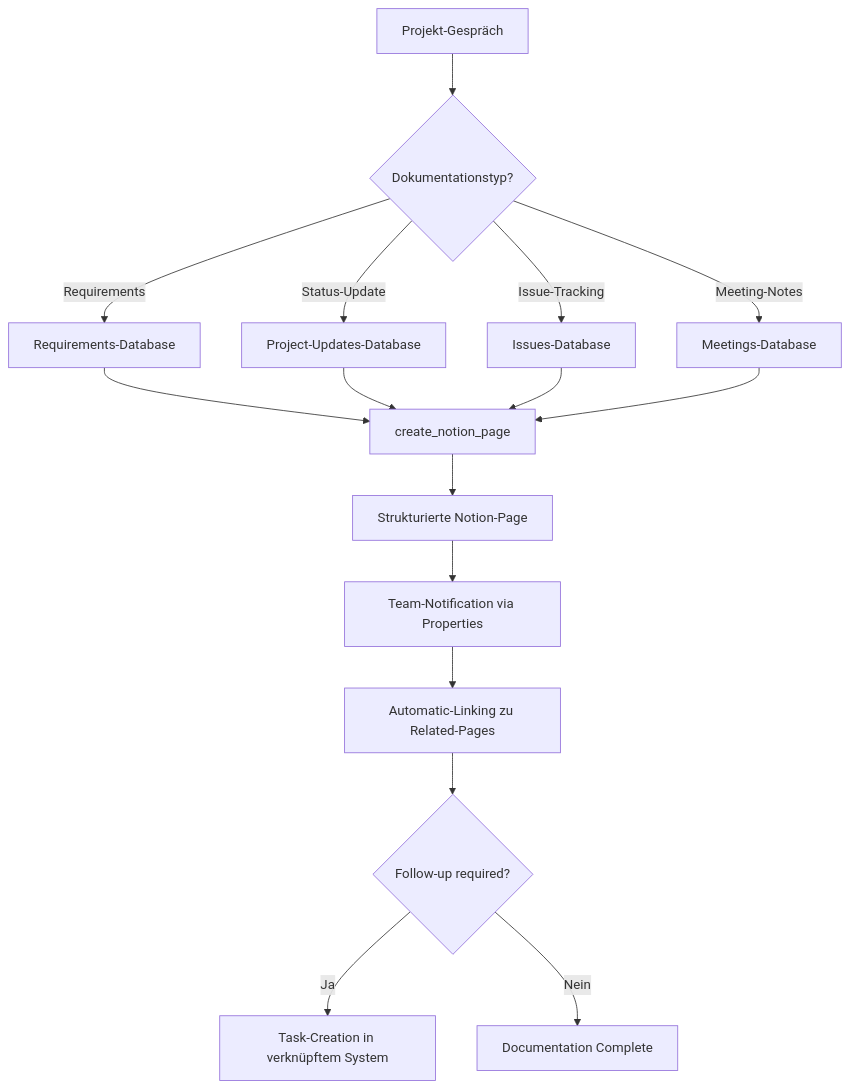
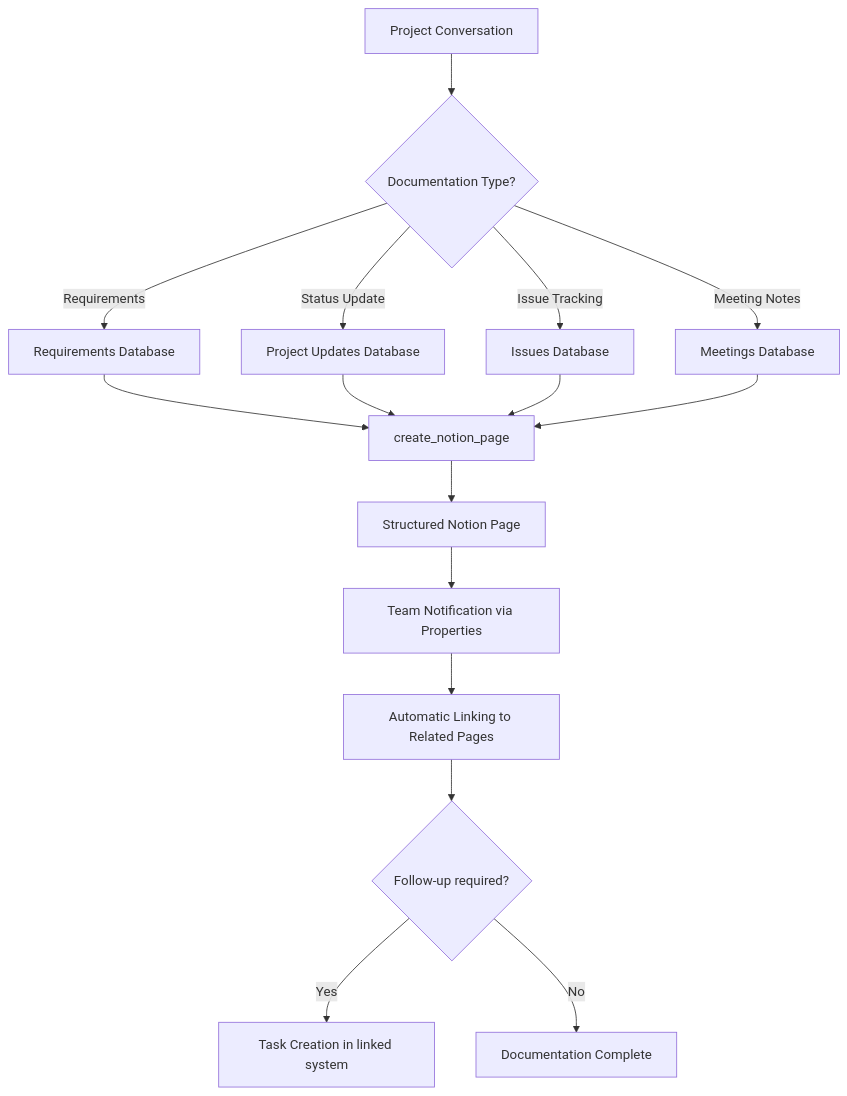
One commit to bekgroup/Famulor-docs-de changed the diagram in en/automation-platform/mid-call-tools/integration-templates/notion-integration.mdx. Above: the diagram before and after it, drawn with Mermaid. The commit also changed other lines of this file, not shown here.

````diff
--- a/en/automation-platform/mid-call-tools/integration-templates/notion-integration.mdx
+++ b/en/automation-platform/mid-call-tools/integration-templates/notion-integration.mdx
@@ -357,21 +356,21 @@
 ```mermaid
 flowchart TD
-    A[Projekt-Gespräch] --> B{Dokumentationstyp?}
-    B -->|Requirements| C[Requirements-Database]
-    B -->|Status-Update| D[Project-Updates-Database]
-    B -->|Issue-Tracking| E[Issues-Database]
-    B -->|Meeting-Notes| F[Meetings-Database]
+    A[Project Conversation] --> B{Documentation Type?}
+    B -->|Requirements| C[Requirements Database]
+    B -->|Status Update| D[Project Updates Database]
+    B -->|Issue Tracking| E[Issues Database]
+    B -->|Meeting Notes| F[Meetings Database]
     
     C --> G[create_notion_page]
     D --> G
     E --> G  
     F --> G
     
-    G --> H[Strukturierte Notion-Page]
-    H --> I[Team-Notification via Properties]
-    I --> J[Automatic-Linking zu Related-Pages]
+    G --> H[Structured Notion Page]
+    H --> I[Team Notification via Properties]
+    I --> J[Automatic Linking to Related Pages]
     
     J --> K{Follow-up required?}
-    K -->|Ja| L[Task-Creation in verknüpftem System]
-    K -->|Nein| M[Documentation Complete]
+    K -->|Yes| L[Task Creation in linked system]
+    K -->|No| M[Documentation Complete]
 ```
````
